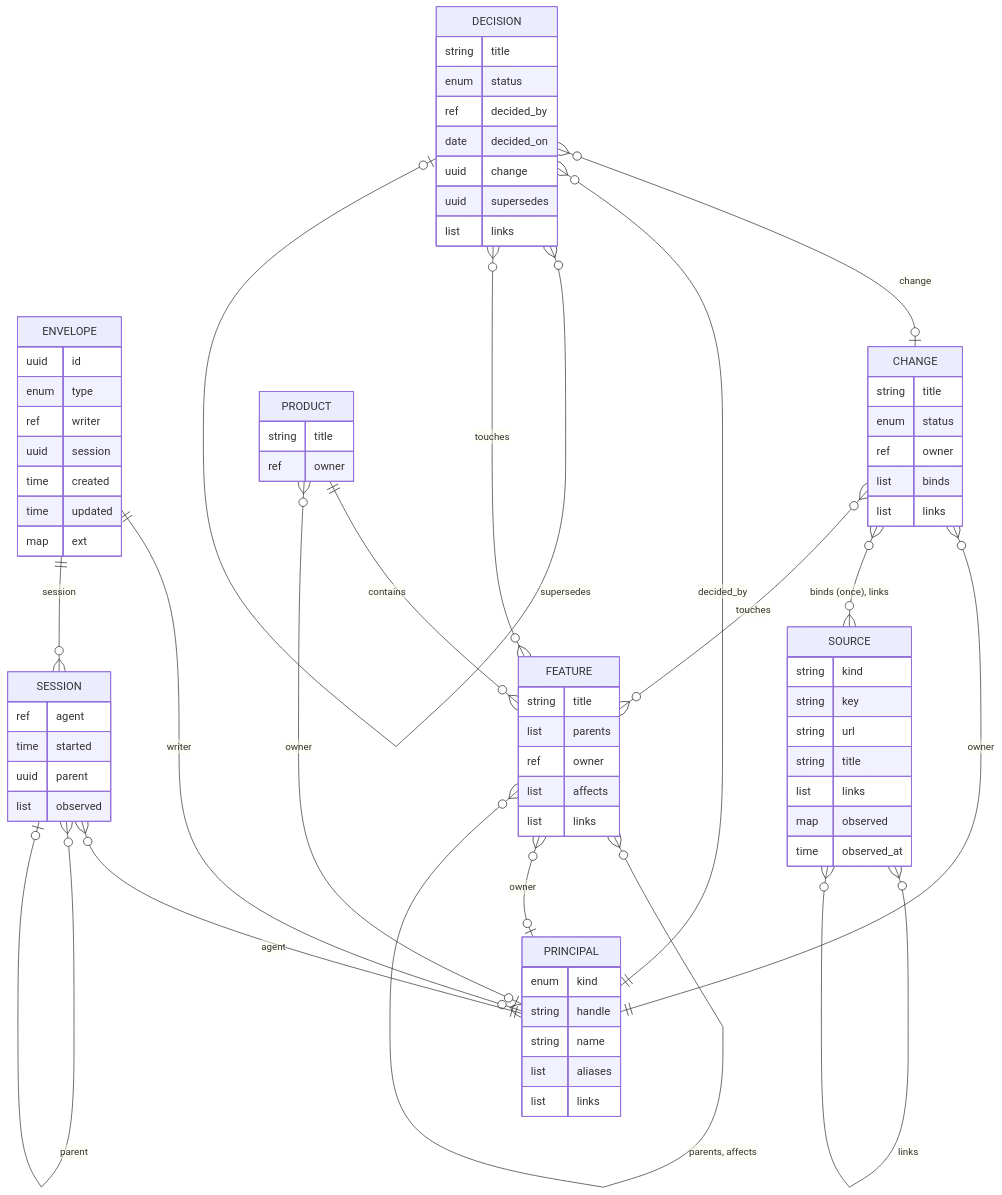
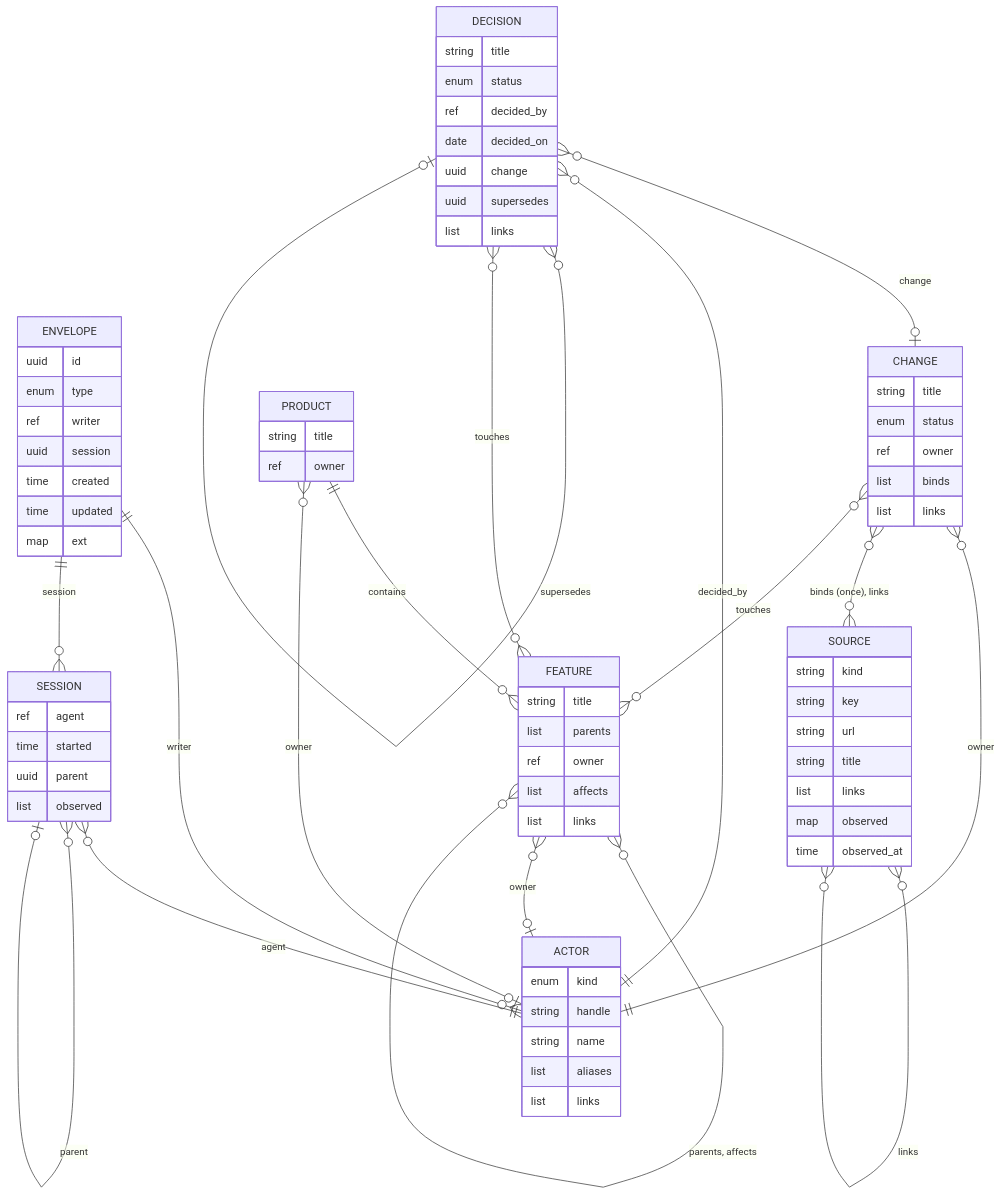
One commit to vinhvanvu/pjman changed the diagram in SCHEMA.md. Above: the diagram before and after it, drawn with Mermaid. The commit also changed other lines of this file and 6 other files, not shown here.

Commit message:
rename: principal -> actor across the schema, thesis, decisions and the store

````diff
--- a/SCHEMA.md
+++ b/SCHEMA.md
@@ -216,78 +216,78 @@
 ```mermaid
 erDiagram
-  ENVELOPE ||--o{ PRINCIPAL : "writer"
+  ENVELOPE ||--o{ ACTOR : "writer"
   ENVELOPE ||--o{ SESSION : "session"
-  SESSION }o--|| PRINCIPAL : "agent"
+  SESSION }o--|| ACTOR : "agent"
   SESSION }o--o| SESSION : "parent"
-  CHANGE }o--|| PRINCIPAL : "owner"
+  CHANGE }o--|| ACTOR : "owner"
   CHANGE }o--o{ SOURCE : "binds (once), links"
   SOURCE }o--o{ SOURCE : "links"
   DECISION }o--o| CHANGE : "change"
-  DECISION }o--|| PRINCIPAL : "decided_by"
+  DECISION }o--|| ACTOR : "decided_by"
   DECISION }o--o| DECISION : "supersedes"
   CHANGE }o--o{ FEATURE : "touches"
   DECISION }o--o{ FEATURE : "touches"
   FEATURE }o--o{ FEATURE : "parents, affects"
-  FEATURE }o--o| PRINCIPAL : "owner"
+  FEATURE }o--o| ACTOR : "owner"
   PRODUCT ||--o{ FEATURE : "contains"
-  PRODUCT }o--o| PRINCIPAL : "owner"
+  PRODUCT }o--o| ACTOR : "owner"
 
   ENVELOPE {
     uuid id
     enum type
     ref writer
     uuid session
     time created
     time updated
     map ext
   }
-  PRINCIPAL {
+  ACTOR {
     enum kind
     string handle
     string name
     list aliases
     list links
   }
   SESSION {
     ref agent
     time started
     uuid parent
     list observed
   }
   SOURCE {
     string kind
     string key
     string url
     string title
     list links
     map observed
     time observed_at
   }
   CHANGE {
     string title
     enum status
     ref owner
     list binds
     list links
   }
   DECISION {
     string title
     enum status
     ref decided_by
     date decided_on
     uuid change
     uuid supersedes
     list links
   }
   PRODUCT {
     string title
     ref owner
   }
   FEATURE {
     string title
     list parents
     ref owner
     list affects
     list links
   }
 ```
````
